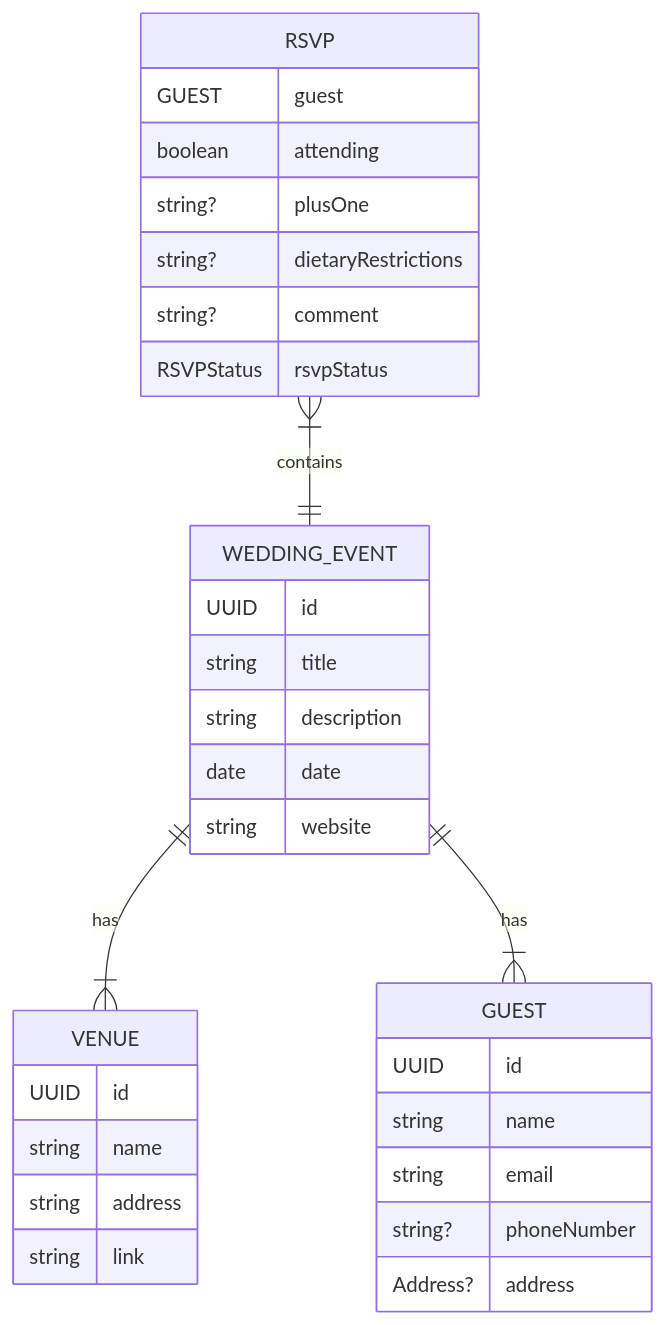
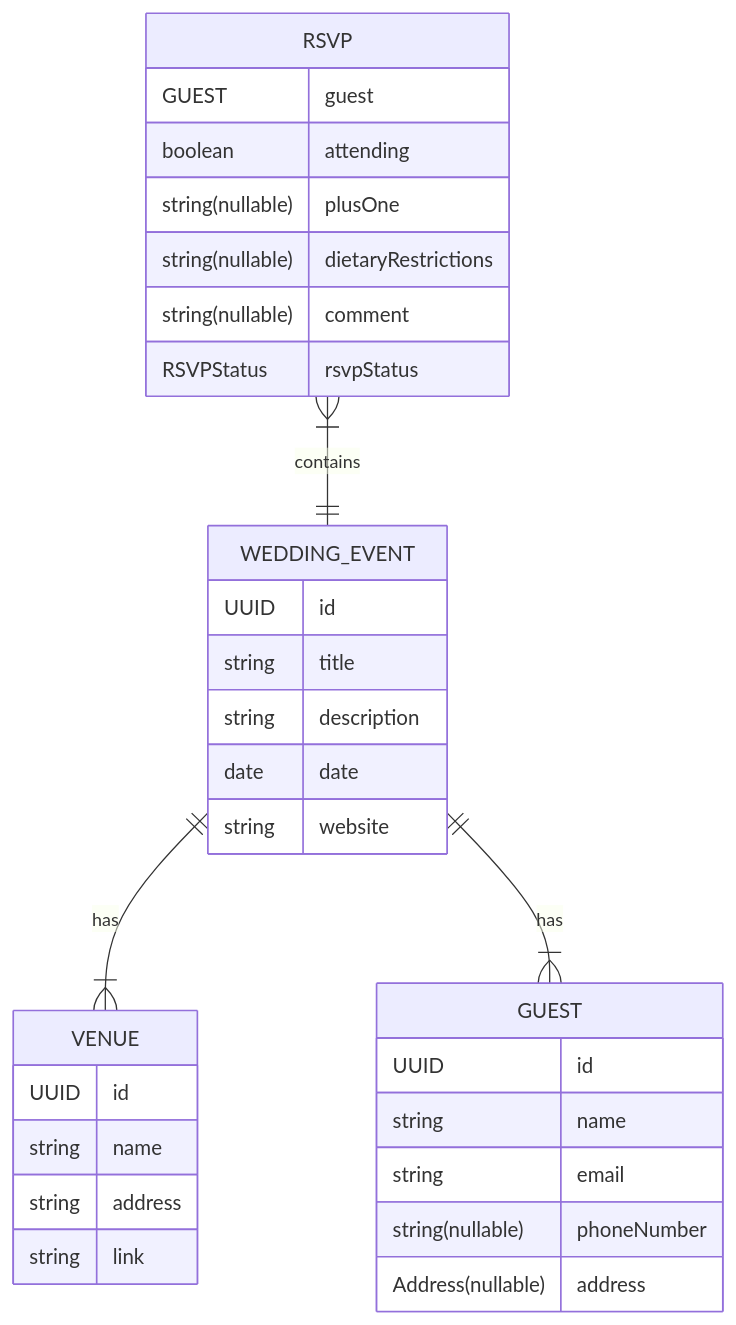
One commit to dylanlangston/langston-wedding.com changed the second of 4 diagrams in README.md. Above: the diagram before and after it, drawn with Mermaid.

Commit message:
Correct nullable types

````diff
--- a/README.md
+++ b/README.md
@@ -192,34 +192,34 @@
 ```mermaid
 erDiagram
     RSVP }|--|| WEDDING_EVENT : contains
     WEDDING_EVENT ||--|{ VENUE : has
     WEDDING_EVENT ||--|{ GUEST : has
     RSVP {
         GUEST guest
         boolean attending
-        string? plusOne
-        string? dietaryRestrictions
-        string? comment
+        string(nullable) plusOne
+        string(nullable) dietaryRestrictions
+        string(nullable) comment
         RSVPStatus rsvpStatus
     }
     VENUE {
         UUID id
         string name
         string address
         string link
     }
     GUEST {
         UUID id
         string name
         string email
-        string? phoneNumber
-        Address? address
+        string(nullable) phoneNumber
+        Address(nullable) address
     }
     WEDDING_EVENT {
         UUID id
         string title
         string description
         date date
         string website
     }
 ```
````
